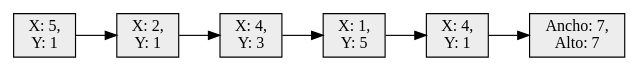
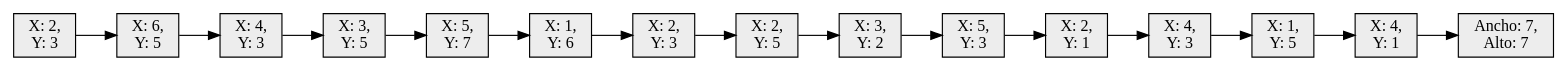
The diagram in Extras/ColaTutorial.dot (Desconocido502/-EDD_2S-BatallaNaval_201902502), drawn with Graphviz before and after one commit. The commit also changed 10 other files, not shown here.

```diff
--- a/Extras/ColaTutorial.dot
+++ b/Extras/ColaTutorial.dot
@@ -1,15 +1,33 @@
 digraph G { 
 rankdir=LR; 
 node [shape=box, color=black , style=filled, fillcolor=gray93];
 Node0[label="Ancho: 7,\nAlto: 7"];
 Node1[label="X: 4,\nY: 1"];
 Node1->Node0;
 Node2[label="X: 1,\nY: 5"];
 Node2->Node1;
 Node3[label="X: 4,\nY: 3"];
 Node3->Node2;
 Node4[label="X: 2,\nY: 1"];
 Node4->Node3;
-Node5[label="X: 5,\nY: 1"];
+Node5[label="X: 5,\nY: 3"];
 Node5->Node4;
+Node6[label="X: 3,\nY: 2"];
+Node6->Node5;
+Node7[label="X: 2,\nY: 5"];
+Node7->Node6;
+Node8[label="X: 2,\nY: 3"];
+Node8->Node7;
+Node9[label="X: 1,\nY: 6"];
+Node9->Node8;
+Node10[label="X: 5,\nY: 7"];
+Node10->Node9;
+Node11[label="X: 3,\nY: 5"];
+Node11->Node10;
+Node12[label="X: 4,\nY: 3"];
+Node12->Node11;
+Node13[label="X: 6,\nY: 5"];
+Node13->Node12;
+Node14[label="X: 2,\nY: 3"];
+Node14->Node13;
 }
```
